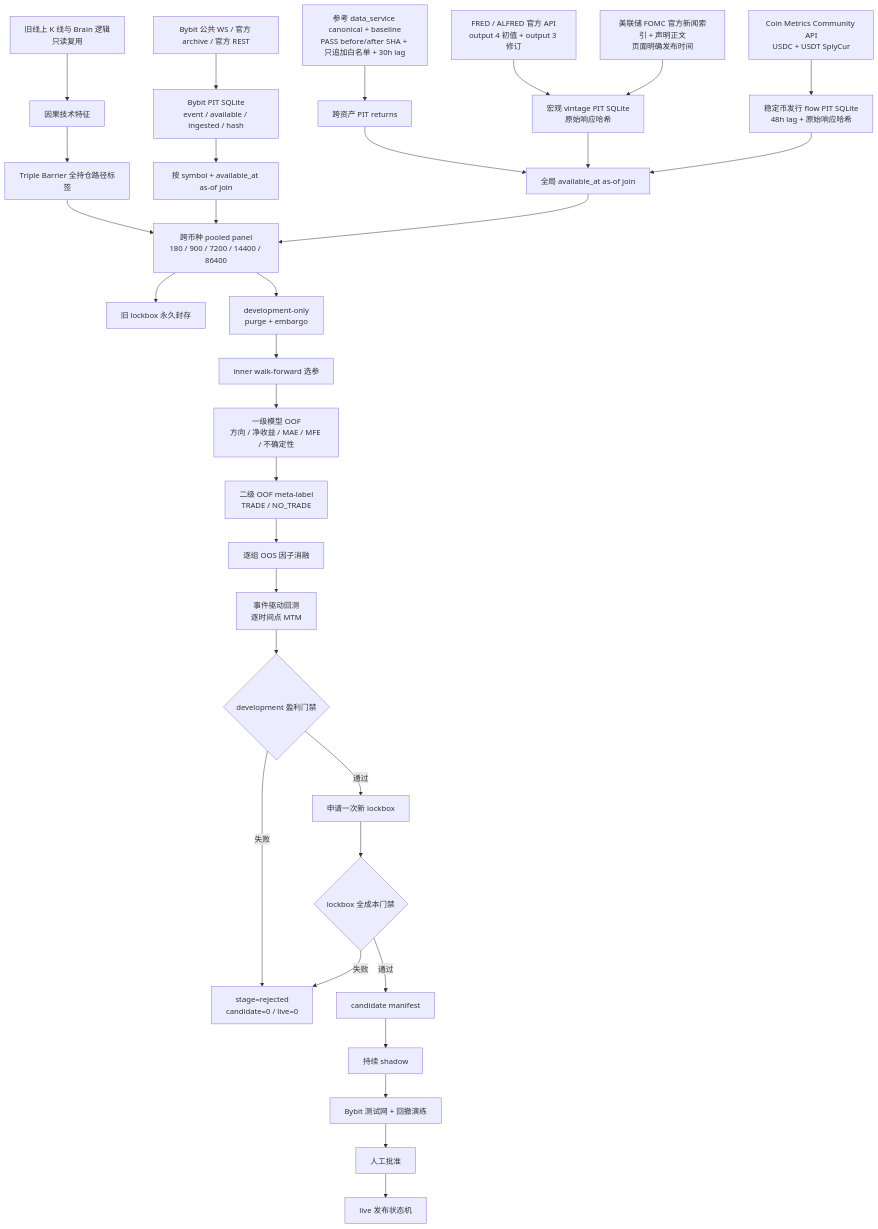
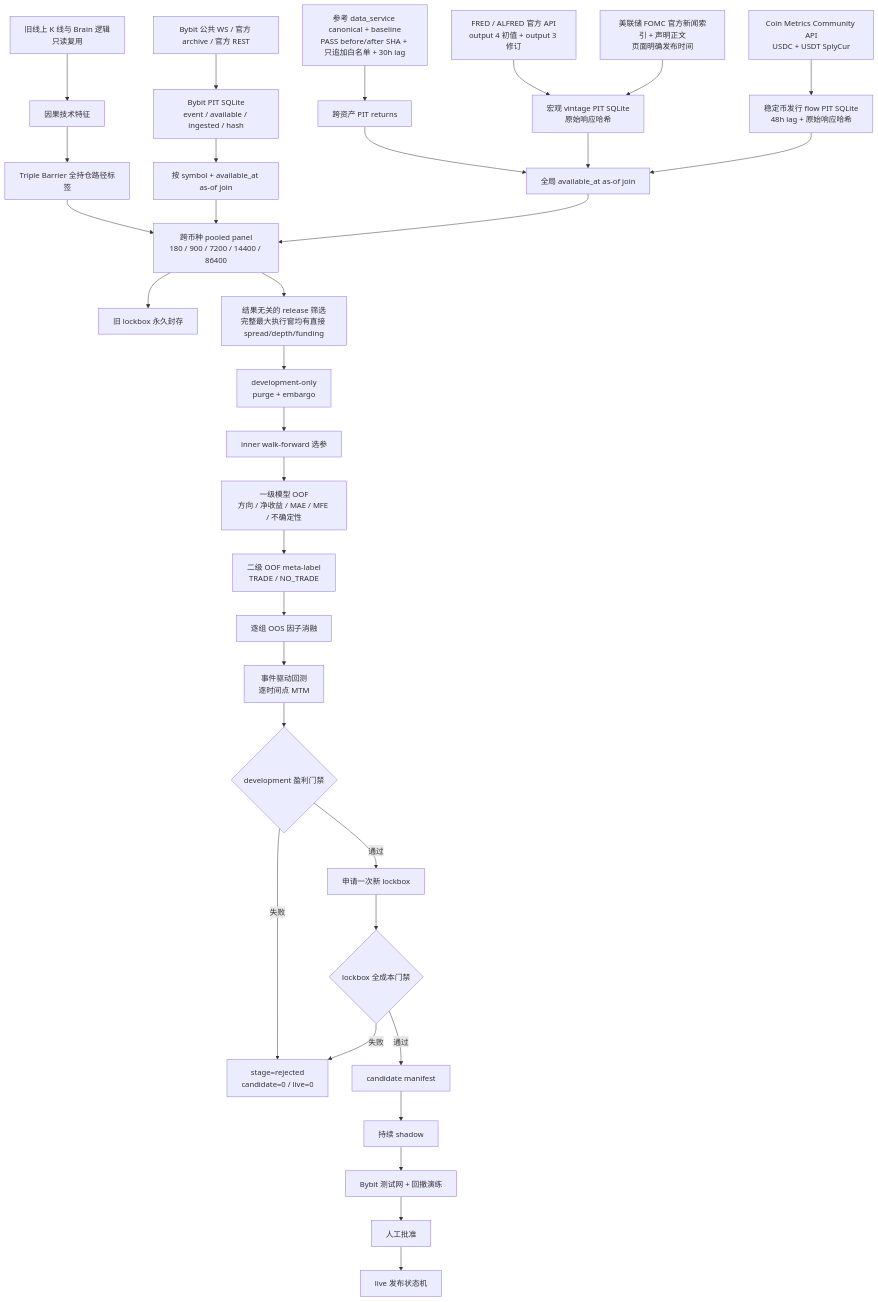
One commit to ckbkdj/ai-bybit-trading-system changed the first of 2 diagrams in ai_bot3/ai_bot3/docs/profitability_alpha_architecture.md. Above: the diagram before and after it, drawn with Mermaid. The commit also changed other lines of this file and 3 other files, not shown here.

````diff
--- a/ai_bot3/ai_bot3/docs/profitability_alpha_architecture.md
+++ b/ai_bot3/ai_bot3/docs/profitability_alpha_architecture.md
@@ -19,37 +19,38 @@
 ```mermaid
 flowchart TD
     A[旧线上 K 线与 Brain 逻辑<br/>只读复用] --> B[因果技术特征]
     C[Bybit 公共 WS / 官方 archive / 官方 REST] --> D[Bybit PIT SQLite<br/>event / available / ingested / hash]
     E[参考 data_service canonical + baseline<br/>PASS before/after SHA + 只追加白名单 + 30h lag] --> F[跨资产 PIT returns]
     G[FRED / ALFRED 官方 API<br/>output 4 初值 + output 3 修订] --> H[宏观 vintage PIT SQLite<br/>原始响应哈希]
     AE[美联储 FOMC 官方新闻索引 + 声明正文<br/>页面明确发布时间] --> H
     AC[Coin Metrics Community API<br/>USDC + USDT SplyCur] --> AD[稳定币发行 flow PIT SQLite<br/>48h lag + 原始响应哈希]
 
     B --> I[Triple Barrier 全持仓路径标签]
     D --> J[按 symbol + available_at as-of join]
     F --> K[全局 available_at as-of join]
     H --> K
     AD --> K
     I --> L[跨币种 pooled panel<br/>180 / 900 / 7200 / 14400 / 86400]
     J --> L
     K --> L
 
     L --> M[旧 lockbox 永久封存]
-    L --> N[development-only<br/>purge + embargo]
+    L --> AF[结果无关的 release 筛选<br/>完整最大执行窗均有直接 spread/depth/funding]
+    AF --> N[development-only<br/>purge + embargo]
     N --> O[inner walk-forward 选参]
     O --> P[一级模型 OOF<br/>方向 / 净收益 / MAE / MFE / 不确定性]
     P --> Q[二级 OOF meta-label<br/>TRADE / NO_TRADE]
     Q --> R[逐组 OOS 因子消融]
     R --> S[事件驱动回测<br/>逐时间点 MTM]
     S --> T{development 盈利门禁}
 
     T -- 失败 --> U[stage=rejected<br/>candidate=0 / live=0]
     T -- 通过 --> V[申请一次新 lockbox]
     V --> W{lockbox 全成本门禁}
     W -- 失败 --> U
     W -- 通过 --> X[candidate manifest]
     X --> Y[持续 shadow]
     Y --> Z[Bybit 测试网 + 回撤演练]
     Z --> AA[人工批准]
     AA --> AB[live 发布状态机]
 ```
````
